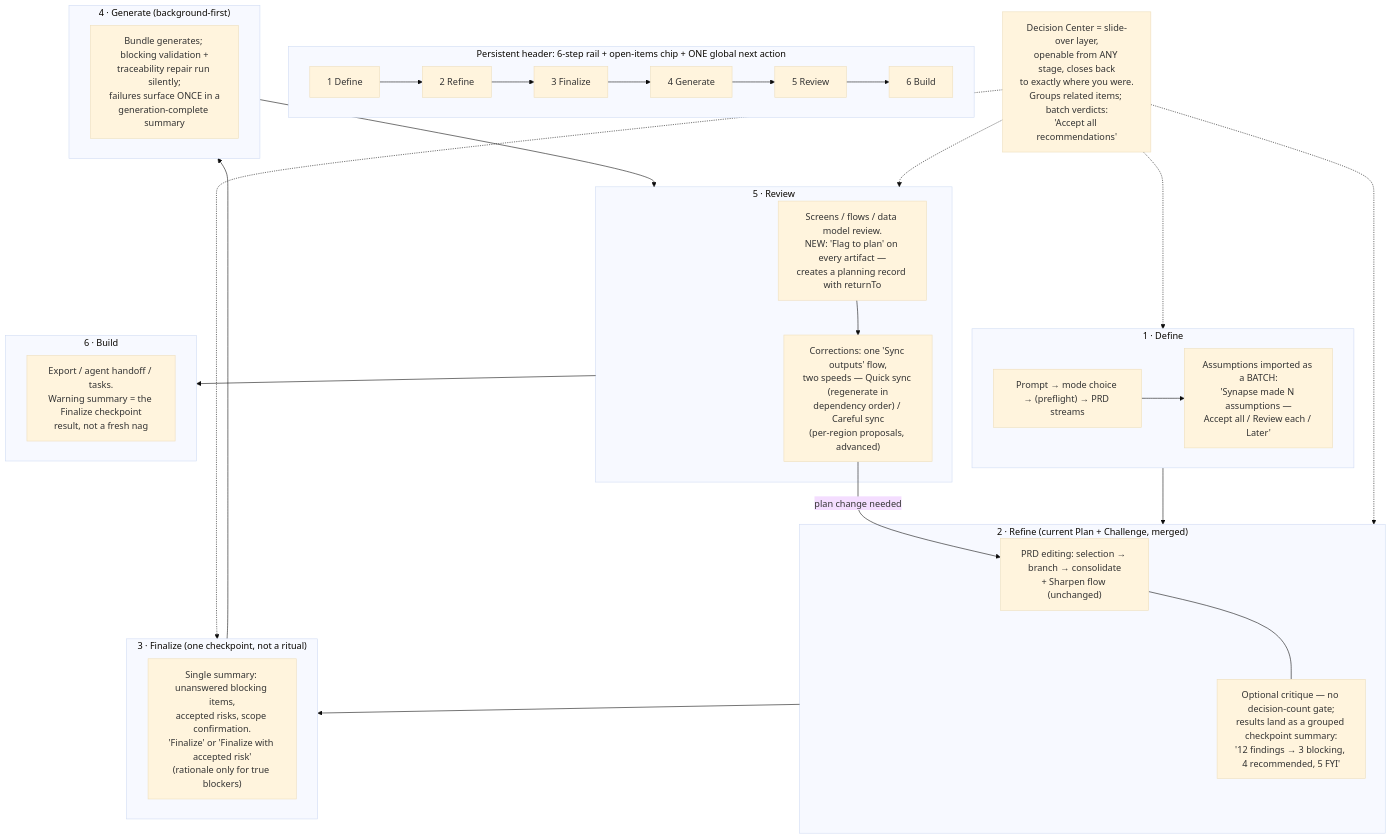
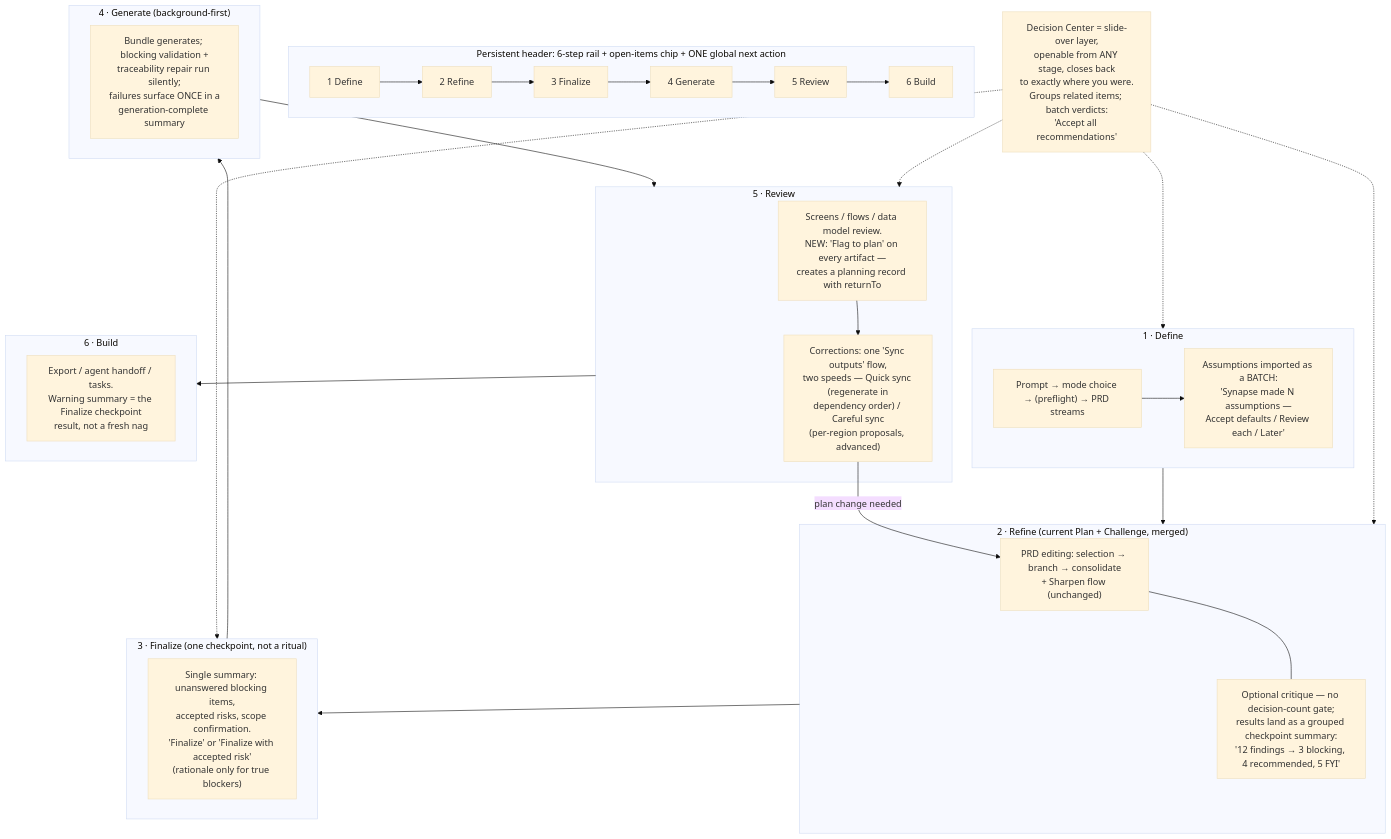
The second of 2 diagrams in docs/audits/WORKFLOW_AUDIT.md (TGALLOWAY1/Synapse), drawn with Mermaid (base theme) before and after one commit. The commit also changed other lines of this file and 95 other files, not shown here.

````diff
--- a/docs/audits/WORKFLOW_AUDIT.md
+++ b/docs/audits/WORKFLOW_AUDIT.md
@@ -404,46 +404,46 @@
 ```mermaid
 flowchart TD
     subgraph RAIL["Persistent header: 6-step rail + open-items chip + ONE global next action"]
         direction LR
         S1["1 Define"] --> S2["2 Refine"] --> S3["3 Finalize"] --> S4["4 Generate"] --> S5["5 Review"] --> S6["6 Build"]
     end
 
     subgraph DEFINE["1 · Define"]
         D1["Prompt → mode choice → (preflight) → PRD streams"]
-        D2["Assumptions imported as a BATCH:<br/>'Synapse made N assumptions —<br/>Accept all / Review each / Later'"]
+        D2["Assumptions imported as a BATCH:<br/>'Synapse made N assumptions —<br/>Accept defaults / Review each / Later'"]
         D1 --> D2
     end
 
     subgraph REFINE["2 · Refine (current Plan + Challenge, merged)"]
         R1["PRD editing: selection → branch → consolidate<br/>+ Sharpen flow (unchanged)"]
         R2["Optional critique — no decision-count gate;<br/>results land as a grouped checkpoint summary:<br/>'12 findings → 3 blocking, 4 recommended, 5 FYI'"]
         R1 --- R2
     end
 
     subgraph FINALIZE["3 · Finalize (one checkpoint, not a ritual)"]
         F1["Single summary: unanswered blocking items,<br/>accepted risks, scope confirmation.<br/>'Finalize' or 'Finalize with accepted risk'<br/>(rationale only for true blockers)"]
     end
 
     subgraph GENERATE["4 · Generate (background-first)"]
         G1["Bundle generates; blocking validation +<br/>traceability repair run silently;<br/>failures surface ONCE in a<br/>generation-complete summary"]
     end
 
     subgraph REVIEW["5 · Review"]
         V1["Screens / flows / data model review.<br/>NEW: 'Flag to plan' on every artifact —<br/>creates a planning record with returnTo"]
         V2["Corrections: one 'Sync outputs' flow,<br/>two speeds — Quick sync (regenerate in<br/>dependency order) / Careful sync<br/>(per-region proposals, advanced)"]
         V1 --> V2
         V2 -->|"plan change needed"| R1
     end
 
     subgraph BUILDS["6 · Build"]
         B1["Export / agent handoff / tasks.<br/>Warning summary = the Finalize checkpoint<br/>result, not a fresh nag"]
     end
 
     DEFINE --> REFINE --> FINALIZE --> GENERATE --> REVIEW --> BUILDS
 
     DCL["Decision Center = slide-over layer,<br/>openable from ANY stage, closes back<br/>to exactly where you were.<br/>Groups related items; batch verdicts:<br/>'Accept all recommendations'"]
     DCL -.-> DEFINE
     DCL -.-> REFINE
     DCL -.-> FINALIZE
     DCL -.-> REVIEW
 ```
````
